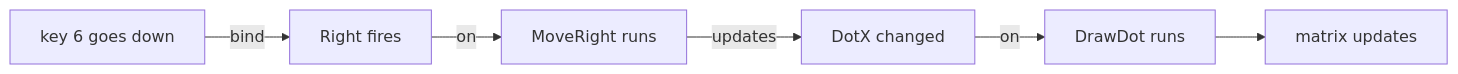
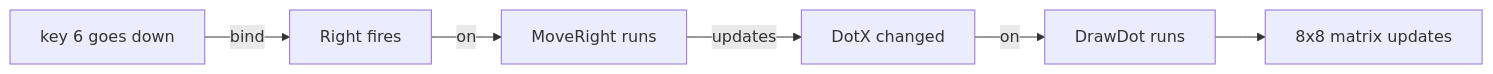
The diagram in glimmer-book/book0/01-the-shape-of-a-game.md (jhlagado/debug80-docs), drawn with Mermaid before and after one commit. The commit also changed other lines of this file and 1 other file, not shown here.

Commit message:
Chapters 1-2: 8x8 matrix terminology

````diff
--- a/glimmer-book/book0/01-the-shape-of-a-game.md
+++ b/glimmer-book/book0/01-the-shape-of-a-game.md
@@ -235,8 +235,8 @@
 ```mermaid
 flowchart LR
     K6["key 6 goes down"] -->|bind| R["Right fires"]
     R -->|on| MR["MoveRight runs"]
     MR -->|updates| DX["DotX changed"]
     DX -->|on| DD["DrawDot runs"]
-    DD --> M["matrix updates"]
+    DD --> M["8x8 matrix updates"]
 ```
````
